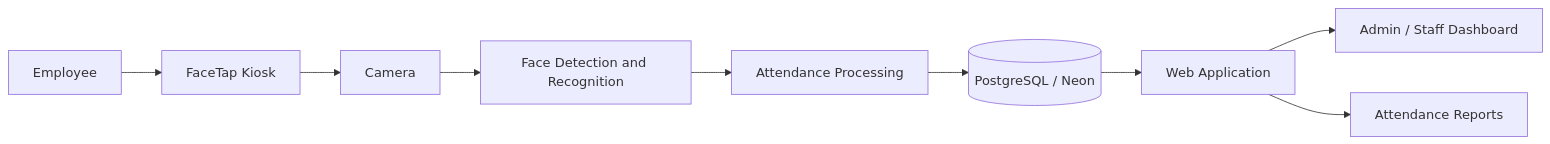
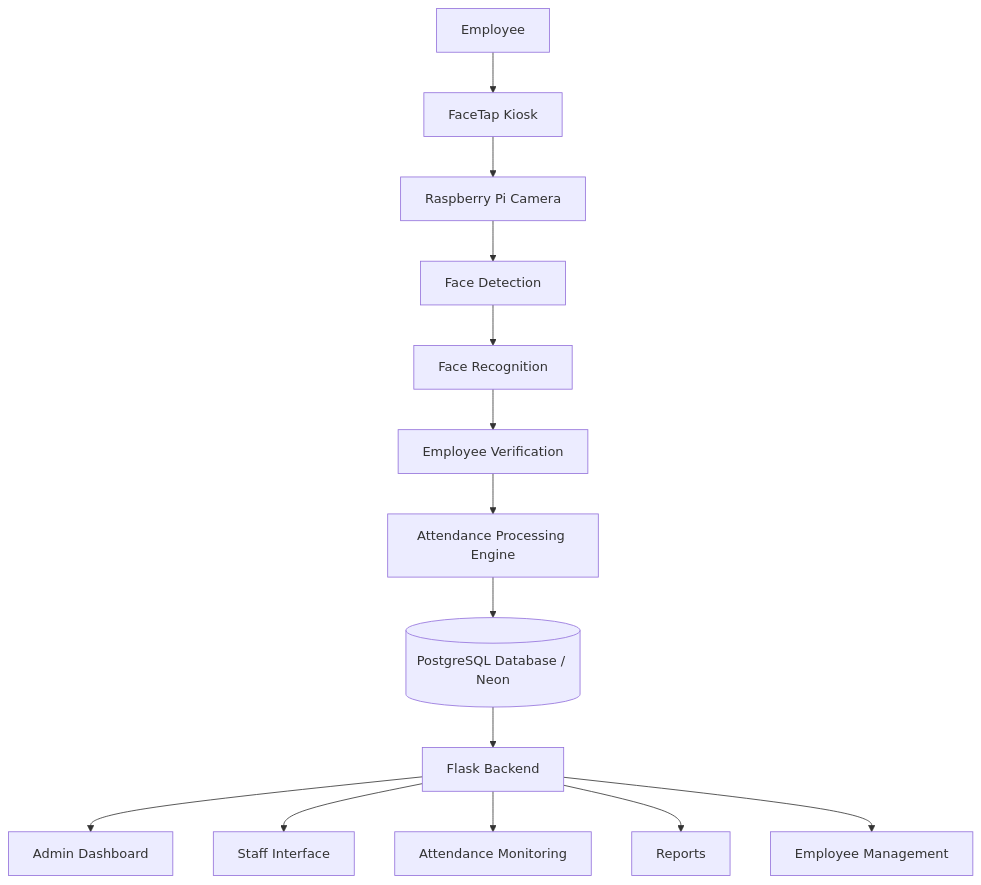
One commit to jlbcz/FaceTap changed the diagram in README.md. Above: the diagram before and after it, drawn with Mermaid. The commit also changed other lines of this file and 1 other file, not shown here.

````diff
--- a/README.md
+++ b/README.md
@@ -114,11 +281,21 @@
 ```mermaid
-flowchart LR
+flowchart TD
     A[Employee] --> B[FaceTap Kiosk]
-    B --> C[Camera]
-    C --> D[Face Detection and Recognition]
-    D --> E[Attendance Processing]
-    E --> F[(PostgreSQL / Neon)]
-    F --> G[Web Application]
-    G --> H[Admin / Staff Dashboard]
-    G --> I[Attendance Reports]
+
+    B --> C[Raspberry Pi Camera]
+    C --> D[Face Detection]
+    D --> E[Face Recognition]
+    E --> F[Employee Verification]
+
+    F --> G[Attendance Processing Engine]
+
+    G --> H[(PostgreSQL Database / Neon)]
+
+    H --> I[Flask Backend]
+
+    I --> J[Admin Dashboard]
+    I --> K[Staff Interface]
+    I --> L[Attendance Monitoring]
+    I --> M[Reports]
+    I --> N[Employee Management]
 ```
````
